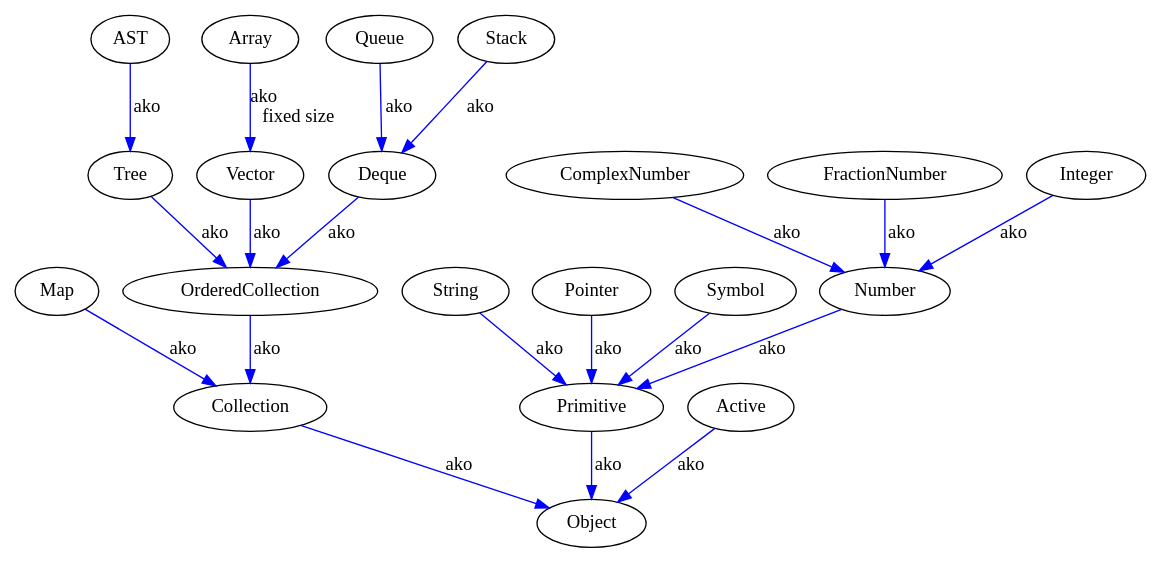
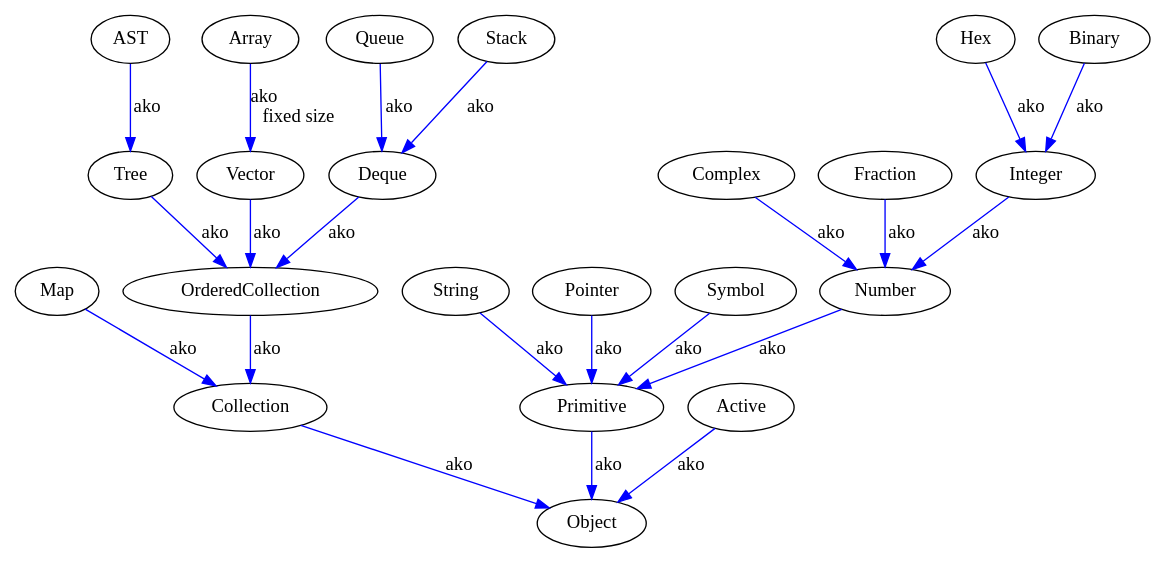
One commit to ponyatov/DLR changed the diagram in doc/sym/00.dot. Above: the diagram before and after it, drawn with Graphviz.

Commit message:
* complex/fraction + hex/bin

```diff
--- a/doc/sym/00.dot
+++ b/doc/sym/00.dot
@@ -1,18 +1,20 @@
 digraph {
 Symbol -> Primitive -> Object [label=ako,color=blue];
 Number -> Primitive [label=ako,color=blue];
-ComplexNumber -> Number [label=ako,color=blue];
-FractionNumber -> Number [label=ako,color=blue];
+Complex -> Number [label=ako,color=blue];
+Fraction -> Number [label=ako,color=blue];
 Integer -> Number [label=ako,color=blue];
+Hex -> Integer [label=ako,color=blue];
+Binary -> Integer [label=ako,color=blue];
 String -> Primitive [label=ako,color=blue];
 AST -> Tree -> OrderedCollection -> Collection -> Object [label=ako,color=blue];
 #"Graph" -> OrderedCollection [label=ako,color=blue];
 Vector -> OrderedCollection [label=ako,color=blue];
 Map -> Collection [label=ako,color=blue];
 Queue -> Deque -> OrderedCollection [label=ako,color=blue];
 Stack -> Deque [label=ako,color=blue];
 Array -> Vector [label="ako\l fixed size",color=blue];
 #Array -> Primitive [label=is];
 Active -> Object [label=ako,color=blue];
 Pointer -> Primitive [label=ako,color=blue];
 }
```
